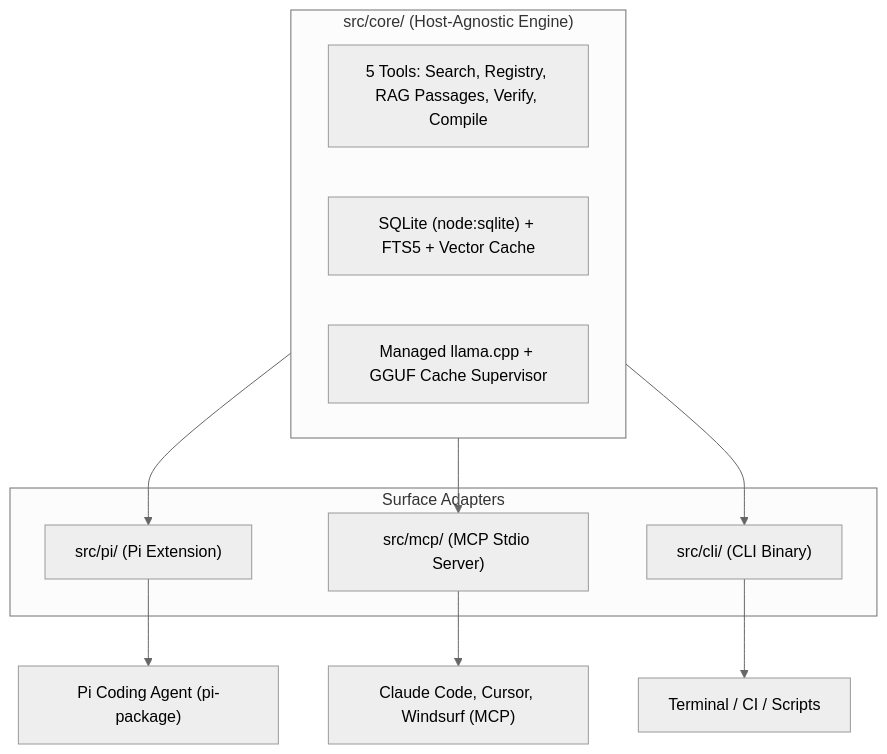
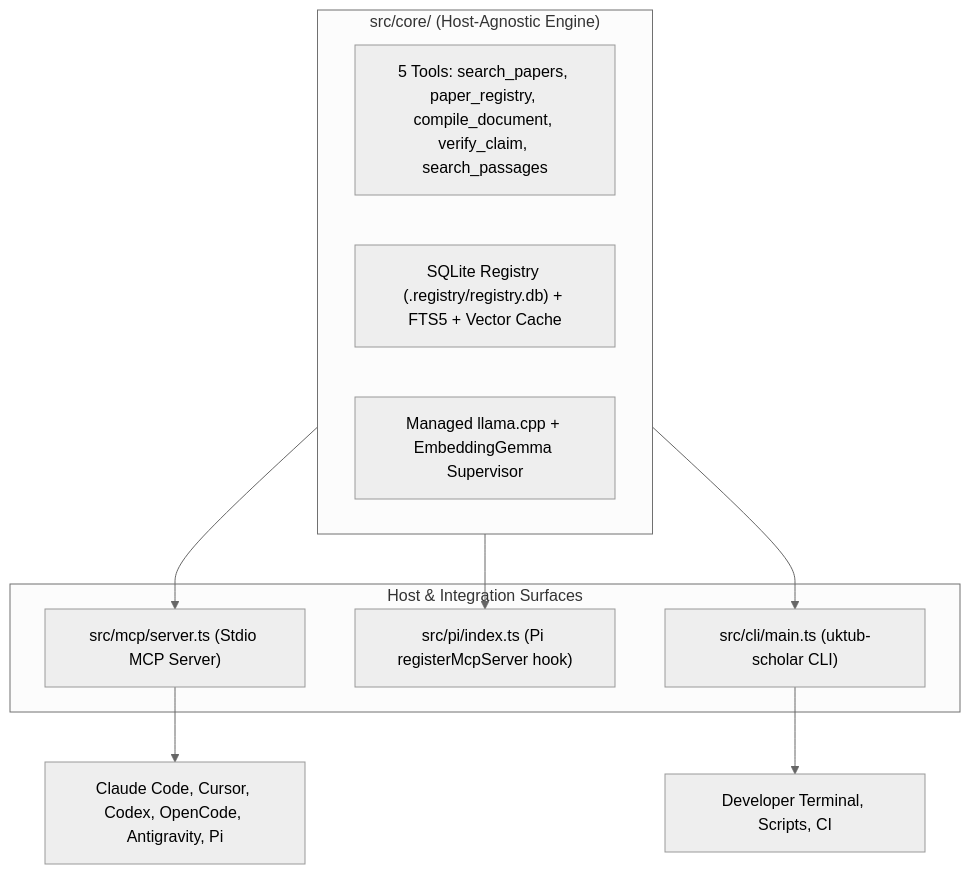
One commit to MahmoudUwk/Uktub-scholar changed the diagram in docs/handoff.md. Above: the diagram before and after it, drawn with Mermaid (neutral theme). The commit also changed other lines of this file and 11 other files, not shown here.

````diff
--- a/docs/handoff.md
+++ b/docs/handoff.md
@@ -60,22 +30,21 @@
 ```mermaid
 flowchart TD
     subgraph Core ["src/core/ (Host-Agnostic Engine)"]
-        Tools["5 Tools: Search, Registry, RAG Passages, Verify, Compile"]
-        Storage["SQLite (node:sqlite) + FTS5 + Vector Cache"]
-        Runtime["Managed llama.cpp + GGUF Cache Supervisor"]
+        Tools["5 Tools: search_papers, paper_registry, compile_document, verify_claim, search_passages"]
+        Storage["SQLite Registry (.registry/registry.db) + FTS5 + Vector Cache"]
+        Runtime["Managed llama.cpp + EmbeddingGemma Supervisor"]
     end
 
-    subgraph Adapters ["Surface Adapters"]
-        PiExt["src/pi/ (Pi Extension)"]
-        MCPExt["src/mcp/ (MCP Stdio Server)"]
-        CLIExt["src/cli/ (CLI Binary)"]
+    subgraph Surfaces ["Host & Integration Surfaces"]
+        MCP["src/mcp/server.ts (Stdio MCP Server)"]
+        Pi["src/pi/index.ts (Pi registerMcpServer hook)"]
+        CLI["src/cli/main.ts (uktub-scholar CLI)"]
     end
 
-    Core --> PiExt
-    Core --> MCPExt
-    Core --> CLIExt
+    Core --> MCP
+    Core --> Pi
+    Core --> CLI
 
-    PiExt --> HostPi["Pi Coding Agent (pi-package)"]
-    MCPExt --> HostClaude["Claude Code, Cursor, Windsurf (MCP)"]
-    CLIExt --> HostShell["Terminal / CI / Scripts"]
+    MCP --> Hosts["Claude Code, Cursor, Codex, OpenCode, Antigravity, Pi"]
+    CLI --> Shell["Developer Terminal, Scripts, CI"]
 ```
````
